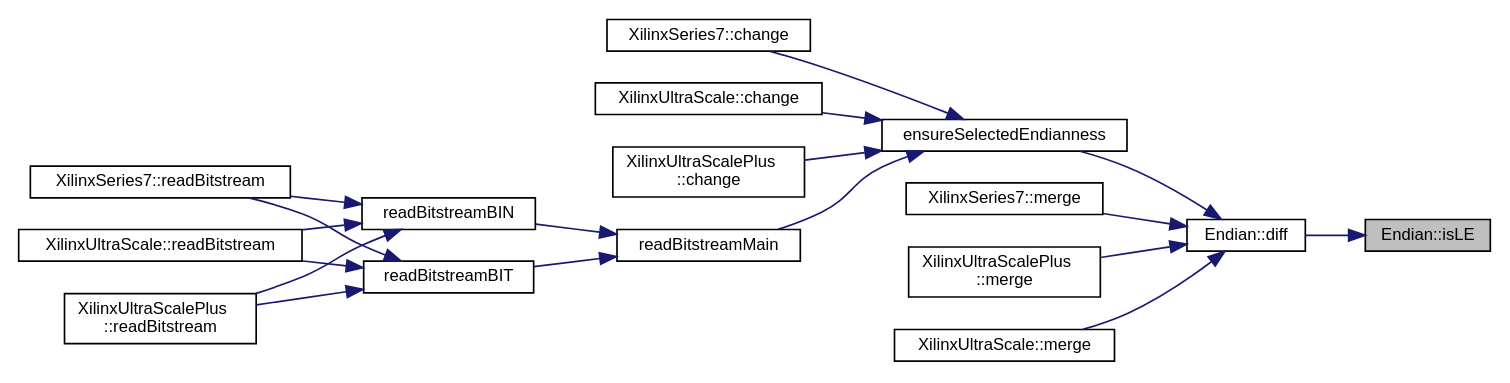
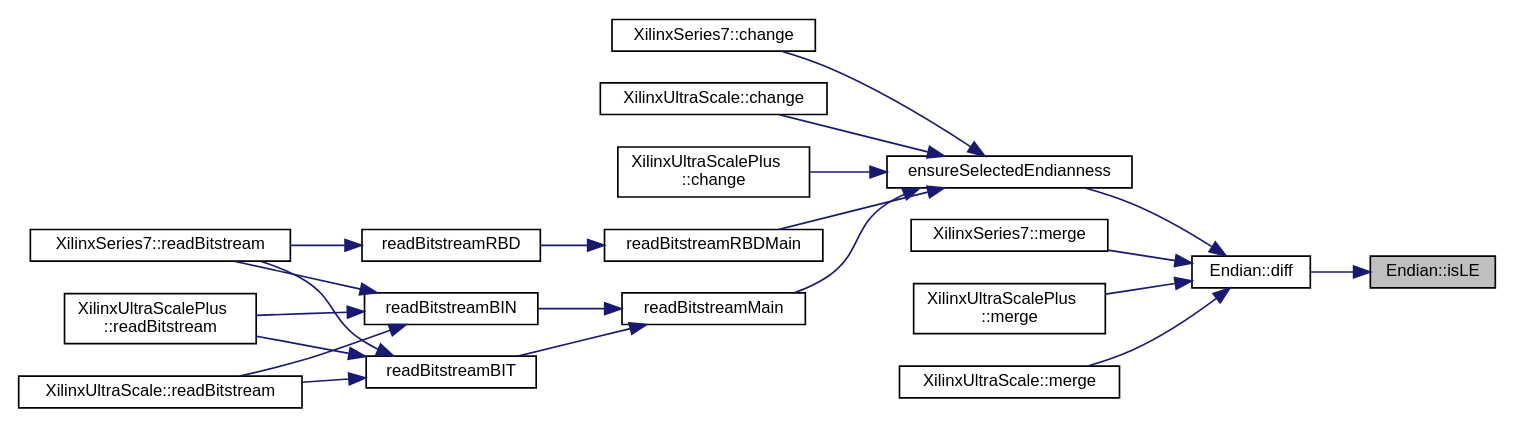
One commit to FPGA-Research-Manchester/byteman changed the diagram in namespaceEndian_a2908cb68d06425c31c71fae71797cded_icgraph.dot. Above: the diagram before and after it, drawn with Graphviz. The commit also changed 400 other files, not shown here.

```diff
--- a/namespaceEndian_a2908cb68d06425c31c71fae71797cded_icgraph.dot
+++ b/namespaceEndian_a2908cb68d06425c31c71fae71797cded_icgraph.dot
@@ -1,40 +1,45 @@
 digraph "Endian::isLE"
 {
  // INTERACTIVE_SVG=YES
  // LATEX_PDF_SIZE
   edge [fontname="Helvetica",fontsize="10",labelfontname="Helvetica",labelfontsize="10"];
   node [fontname="Helvetica",fontsize="10",shape=record];
   rankdir="RL";
   Node1 [label="Endian::isLE",height=0.2,width=0.4,color="black", fillcolor="grey75", style="filled", fontcolor="black",tooltip=" "];
   Node1 -> Node2 [dir="back",color="midnightblue",fontsize="10",style="solid",fontname="Helvetica"];
   Node2 [label="Endian::diff",height=0.2,width=0.4,color="black", fillcolor="white", style="filled",URL="$namespaceEndian.html#adb5a175333bfc81edaee46e216cce009",tooltip=" "];
   Node2 -> Node3 [dir="back",color="midnightblue",fontsize="10",style="solid",fontname="Helvetica"];
   Node3 [label="ensureSelectedEndianness",height=0.2,width=0.4,color="black", fillcolor="white", style="filled",URL="$inlineChange_8h.html#ae6a0714a04036157d8ed82cbbf724b8b",tooltip=" "];
   Node3 -> Node4 [dir="back",color="midnightblue",fontsize="10",style="solid",fontname="Helvetica"];
   Node4 [label="XilinxSeries7::change",height=0.2,width=0.4,color="black", fillcolor="white", style="filled",URL="$classXilinxSeries7.html#a341729914076ebc445699425c51037ba",tooltip=" "];
   Node3 -> Node5 [dir="back",color="midnightblue",fontsize="10",style="solid",fontname="Helvetica"];
   Node5 [label="XilinxUltraScale::change",height=0.2,width=0.4,color="black", fillcolor="white", style="filled",URL="$classXilinxUltraScale.html#a6fd473ac494b897805e5628817b833ba",tooltip=" "];
   Node3 -> Node6 [dir="back",color="midnightblue",fontsize="10",style="solid",fontname="Helvetica"];
   Node6 [label="XilinxUltraScalePlus\l::change",height=0.2,width=0.4,color="black", fillcolor="white", style="filled",URL="$classXilinxUltraScalePlus.html#a8d1c488a56dac4290a90e5718ce2e0be",tooltip=" "];
   Node3 -> Node7 [dir="back",color="midnightblue",fontsize="10",style="solid",fontname="Helvetica"];
   Node7 [label="readBitstreamMain",height=0.2,width=0.4,color="black", fillcolor="white", style="filled",URL="$inlineInput_8h.html#a661412fb2eb60eef0b26618da69aa742",tooltip=" "];
   Node7 -> Node8 [dir="back",color="midnightblue",fontsize="10",style="solid",fontname="Helvetica"];
   Node8 [label="readBitstreamBIN",height=0.2,width=0.4,color="black", fillcolor="white", style="filled",URL="$inlineInput_8h.html#a4522075370053215660de95e4bfe9d9a",tooltip=" "];
   Node8 -> Node9 [dir="back",color="midnightblue",fontsize="10",style="solid",fontname="Helvetica"];
   Node9 [label="XilinxSeries7::readBitstream",height=0.2,width=0.4,color="black", fillcolor="white", style="filled",URL="$classXilinxSeries7.html#ac8bc127280d52c751350e759ed7b42ac",tooltip=" "];
   Node8 -> Node10 [dir="back",color="midnightblue",fontsize="10",style="solid",fontname="Helvetica"];
   Node10 [label="XilinxUltraScale::readBitstream",height=0.2,width=0.4,color="black", fillcolor="white", style="filled",URL="$classXilinxUltraScale.html#a3c696df2b3cff66970de1bbbd63d2d0e",tooltip=" "];
   Node8 -> Node11 [dir="back",color="midnightblue",fontsize="10",style="solid",fontname="Helvetica"];
   Node11 [label="XilinxUltraScalePlus\l::readBitstream",height=0.2,width=0.4,color="black", fillcolor="white", style="filled",URL="$classXilinxUltraScalePlus.html#aee626cbe876d1b294beff220903060a9",tooltip=" "];
   Node7 -> Node12 [dir="back",color="midnightblue",fontsize="10",style="solid",fontname="Helvetica"];
   Node12 [label="readBitstreamBIT",height=0.2,width=0.4,color="black", fillcolor="white", style="filled",URL="$inlineInput_8h.html#a8e7e2bd44405c923c1ed0fc0cd284aaf",tooltip=" "];
   Node12 -> Node9 [dir="back",color="midnightblue",fontsize="10",style="solid",fontname="Helvetica"];
   Node12 -> Node10 [dir="back",color="midnightblue",fontsize="10",style="solid",fontname="Helvetica"];
   Node12 -> Node11 [dir="back",color="midnightblue",fontsize="10",style="solid",fontname="Helvetica"];
-  Node2 -> Node13 [dir="back",color="midnightblue",fontsize="10",style="solid",fontname="Helvetica"];
-  Node13 [label="XilinxSeries7::merge",height=0.2,width=0.4,color="black", fillcolor="white", style="filled",URL="$classXilinxSeries7.html#aff92193475dd3bc2b62be8e744a7e42e",tooltip=" "];
-  Node2 -> Node14 [dir="back",color="midnightblue",fontsize="10",style="solid",fontname="Helvetica"];
-  Node14 [label="XilinxUltraScalePlus\l::merge",height=0.2,width=0.4,color="black", fillcolor="white", style="filled",URL="$classXilinxUltraScalePlus.html#adafdd0860f1961c32eb34a363a62e74d",tooltip=" "];
+  Node3 -> Node13 [dir="back",color="midnightblue",fontsize="10",style="solid",fontname="Helvetica"];
+  Node13 [label="readBitstreamRBDMain",height=0.2,width=0.4,color="black", fillcolor="white", style="filled",URL="$inlineInput_8h.html#ab2c4206abdd9e28a058877f9d86dc7b9",tooltip=" "];
+  Node13 -> Node14 [dir="back",color="midnightblue",fontsize="10",style="solid",fontname="Helvetica"];
+  Node14 [label="readBitstreamRBD",height=0.2,width=0.4,color="black", fillcolor="white", style="filled",URL="$inlineInput_8h.html#a61d0cce2fcb0f3d15fec67d7fbe28adf",tooltip=" "];
+  Node14 -> Node9 [dir="back",color="midnightblue",fontsize="10",style="solid",fontname="Helvetica"];
   Node2 -> Node15 [dir="back",color="midnightblue",fontsize="10",style="solid",fontname="Helvetica"];
-  Node15 [label="XilinxUltraScale::merge",height=0.2,width=0.4,color="black", fillcolor="white", style="filled",URL="$classXilinxUltraScale.html#ace95ed9853ff7b10236b84e74c036ee6",tooltip=" "];
+  Node15 [label="XilinxSeries7::merge",height=0.2,width=0.4,color="black", fillcolor="white", style="filled",URL="$classXilinxSeries7.html#aff92193475dd3bc2b62be8e744a7e42e",tooltip=" "];
+  Node2 -> Node16 [dir="back",color="midnightblue",fontsize="10",style="solid",fontname="Helvetica"];
+  Node16 [label="XilinxUltraScalePlus\l::merge",height=0.2,width=0.4,color="black", fillcolor="white", style="filled",URL="$classXilinxUltraScalePlus.html#adafdd0860f1961c32eb34a363a62e74d",tooltip=" "];
+  Node2 -> Node17 [dir="back",color="midnightblue",fontsize="10",style="solid",fontname="Helvetica"];
+  Node17 [label="XilinxUltraScale::merge",height=0.2,width=0.4,color="black", fillcolor="white", style="filled",URL="$classXilinxUltraScale.html#ace95ed9853ff7b10236b84e74c036ee6",tooltip=" "];
 }
```
